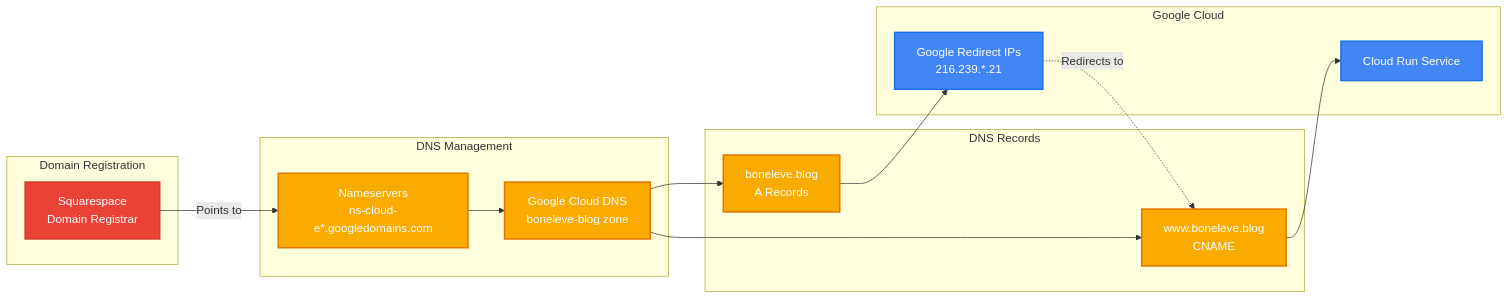
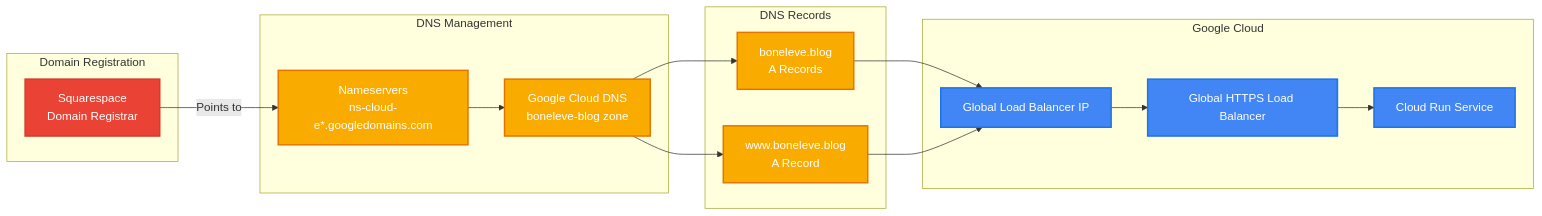
Before and after one commit to pasunboneleve/gcp-rust-blog-public: the fourth of 5 diagrams in docs/INFRASTRUCTURE.md, drawn with Mermaid. The commit also changed other lines of this file and 1 other file, not shown here.

````diff
--- a/docs/INFRASTRUCTURE.md
+++ b/docs/INFRASTRUCTURE.md
@@ -236,37 +235,39 @@
 ```mermaid
 graph LR
     subgraph "Domain Registration"
         SQ[Squarespace<br/>Domain Registrar]
     end
 
     subgraph "DNS Management"
         NS[Nameservers<br/>ns-cloud-e*.googledomains.com]
         ZONE[Google Cloud DNS<br/>boneleve-blog zone]
     end
 
     subgraph "DNS Records"
         APEX[boneleve.blog<br/>A Records]
-        WWW[www.boneleve.blog<br/>CNAME]
+        WWW[www.boneleve.blog<br/>A Record]
     end
 
     subgraph "Google Cloud"
-        REDIR[Google Redirect IPs<br/>216.239.*.21]
+        LBIP[Global Load Balancer IP]
+        LB[Global HTTPS Load Balancer]
         CR[Cloud Run Service]
     end
 
     SQ -->|Points to| NS
     NS --> ZONE
     ZONE --> APEX
     ZONE --> WWW
-    APEX --> REDIR
-    WWW --> CR
-    REDIR -.->|Redirects to| WWW
+    APEX --> LBIP
+    WWW --> LBIP
+    LBIP --> LB
+    LB --> CR
 
     classDef external fill:#ea4335,stroke:#d33b2c,stroke-width:2px,color:#fff
     classDef dns fill:#f9ab00,stroke:#e37400,stroke-width:2px,color:#fff
     classDef gcp fill:#4285f4,stroke:#1a73e8,stroke-width:2px,color:#fff
 
     class SQ external
     class NS,ZONE,APEX,WWW dns
-    class REDIR,CR gcp
+    class LBIP,LB,CR gcp
 ```
````
